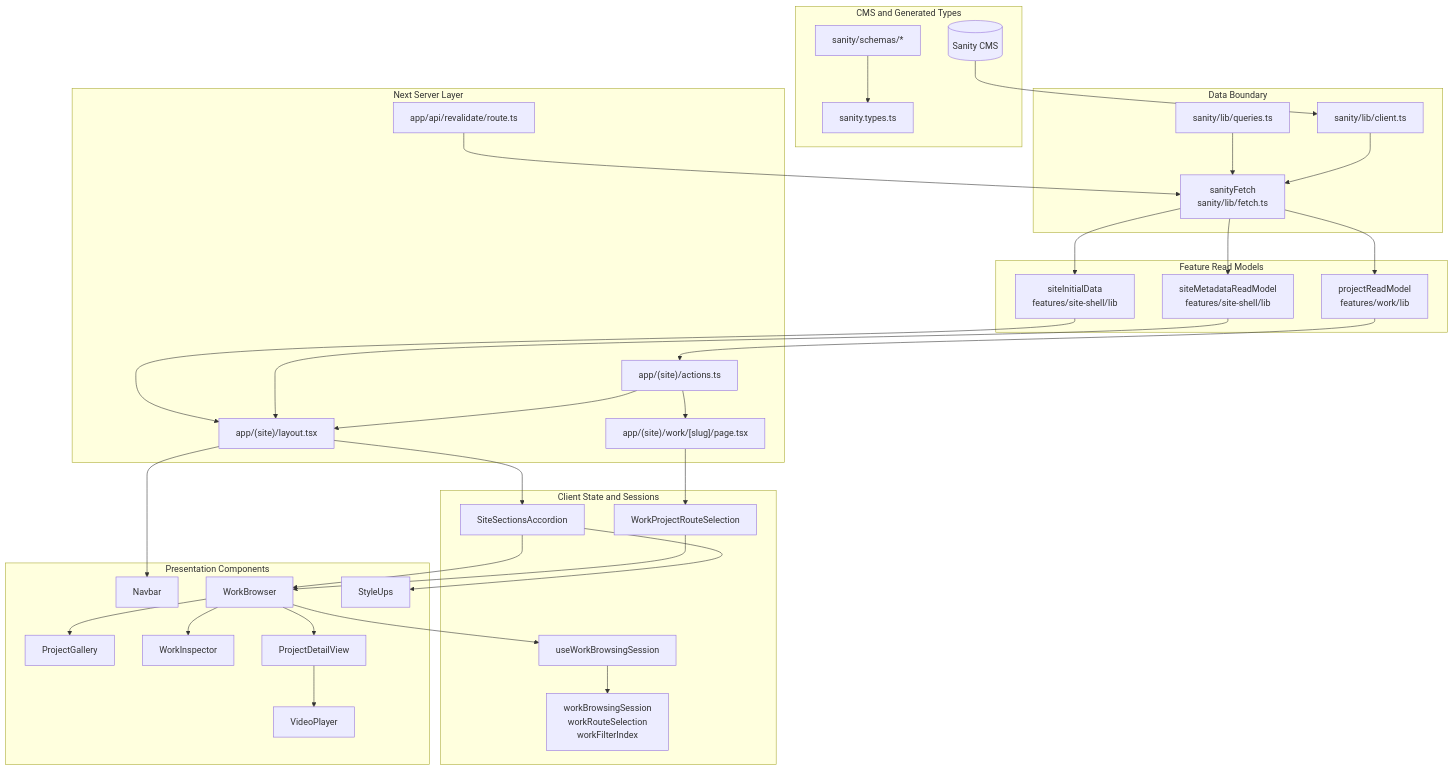
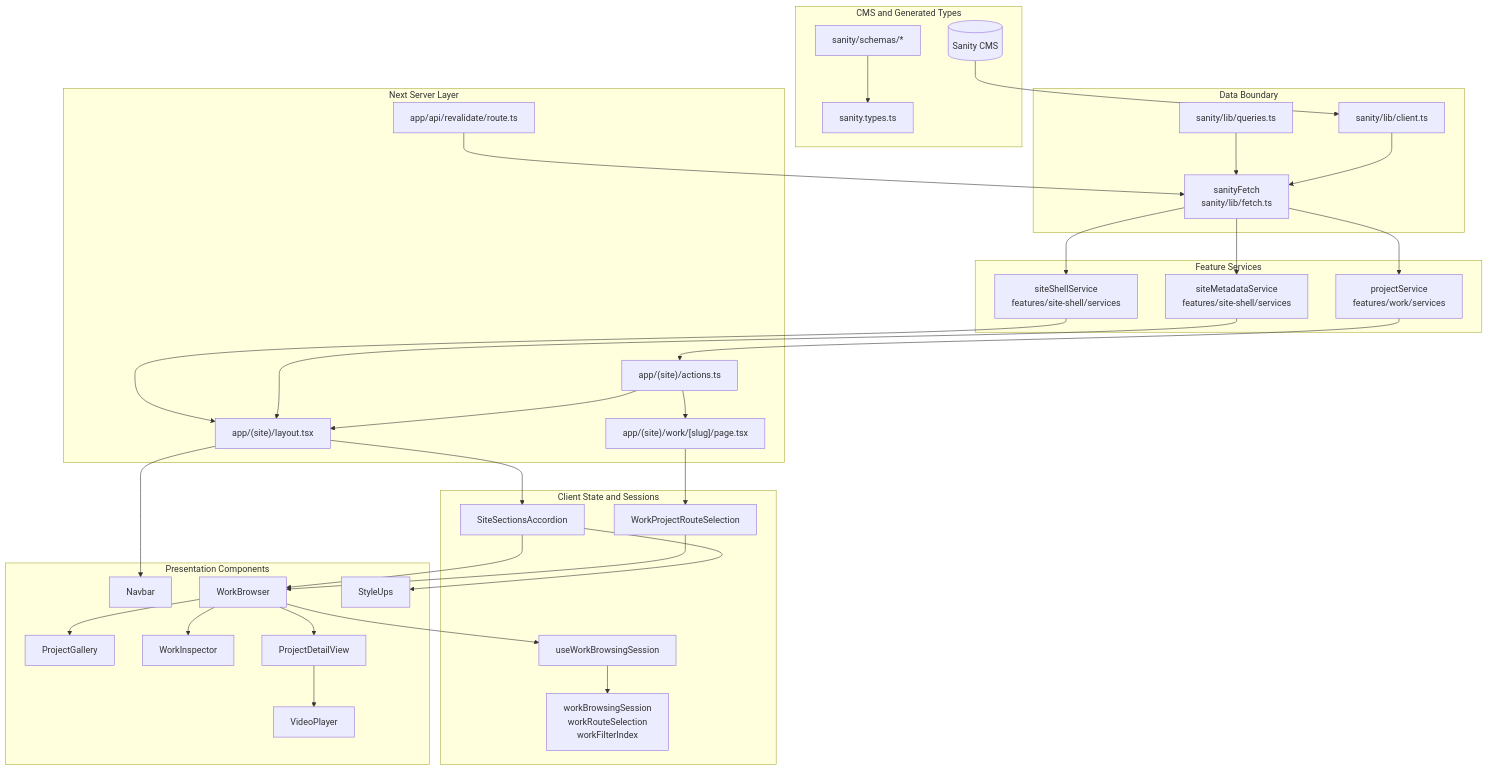
The first of 6 diagrams in docs/architecture.md (pinpointpinpoint/style-up-studio), drawn with Mermaid before and after one commit. The commit also changed other lines of this file and 49 other files, not shown here.

````diff
--- a/docs/architecture.md
+++ b/docs/architecture.md
@@ -14,70 +14,70 @@
 ```mermaid
 flowchart TD
     subgraph CMS["CMS and Generated Types"]
         SanityCMS[(Sanity CMS)]
         Schemas["sanity/schemas/*"]
         GeneratedTypes["sanity.types.ts"]
     end
 
     subgraph DataBoundary["Data Boundary"]
         Queries["sanity/lib/queries.ts"]
         Client["sanity/lib/client.ts"]
         Fetch["sanityFetch<br/>sanity/lib/fetch.ts"]
     end
 
-    subgraph ReadModels["Feature Read Models"]
-        SiteInitial["siteInitialData<br/>features/site-shell/lib"]
-        SiteMetadata["siteMetadataReadModel<br/>features/site-shell/lib"]
-        ProjectRead["projectReadModel<br/>features/work/lib"]
+    subgraph Services["Feature Services"]
+        SiteShell["siteShellService<br/>features/site-shell/services"]
+        SiteMetadata["siteMetadataService<br/>features/site-shell/services"]
+        ProjectService["projectService<br/>features/work/services"]
     end
 
     subgraph ServerApp["Next Server Layer"]
         SiteLayout["app/(site)/layout.tsx"]
         SiteActions["app/(site)/actions.ts"]
         ProjectRoute["app/(site)/work/[slug]/page.tsx"]
         RevalidateRoute["app/api/revalidate/route.ts"]
     end
 
     subgraph ClientState["Client State and Sessions"]
         Accordion["SiteSectionsAccordion"]
         WorkRouteSelection["WorkProjectRouteSelection"]
         WorkSession["useWorkBrowsingSession"]
         PureWorkLib["workBrowsingSession<br/>workRouteSelection<br/>workFilterIndex"]
     end
 
     subgraph UI["Presentation Components"]
         Navbar["Navbar"]
         WorkBrowser["WorkBrowser"]
         Gallery["ProjectGallery"]
         Inspector["WorkInspector"]
         Detail["ProjectDetailView"]
         StyleUps["StyleUps"]
         Video["VideoPlayer"]
     end
 
     SanityCMS --> Client
     Schemas --> GeneratedTypes
     Queries --> Fetch
     Client --> Fetch
-    Fetch --> SiteInitial
+    Fetch --> SiteShell
     Fetch --> SiteMetadata
-    Fetch --> ProjectRead
-    ProjectRead --> SiteActions
-    SiteInitial --> SiteLayout
+    Fetch --> ProjectService
+    ProjectService --> SiteActions
+    SiteShell --> SiteLayout
     SiteMetadata --> SiteLayout
     SiteActions --> SiteLayout
     SiteActions --> ProjectRoute
     SiteLayout --> Accordion
     ProjectRoute --> WorkRouteSelection
     Accordion --> WorkBrowser
     Accordion --> StyleUps
     WorkRouteSelection --> WorkBrowser
     WorkSession --> PureWorkLib
     WorkBrowser --> WorkSession
     WorkBrowser --> Gallery
     WorkBrowser --> Inspector
     WorkBrowser --> Detail
     Detail --> Video
     SiteLayout --> Navbar
     RevalidateRoute --> Fetch
 ```
````
